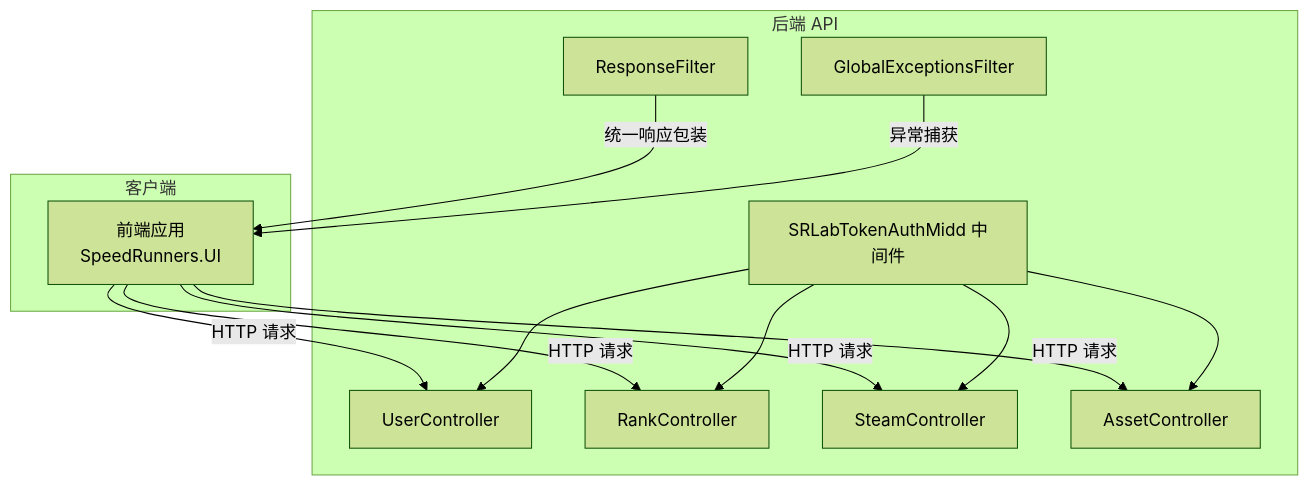
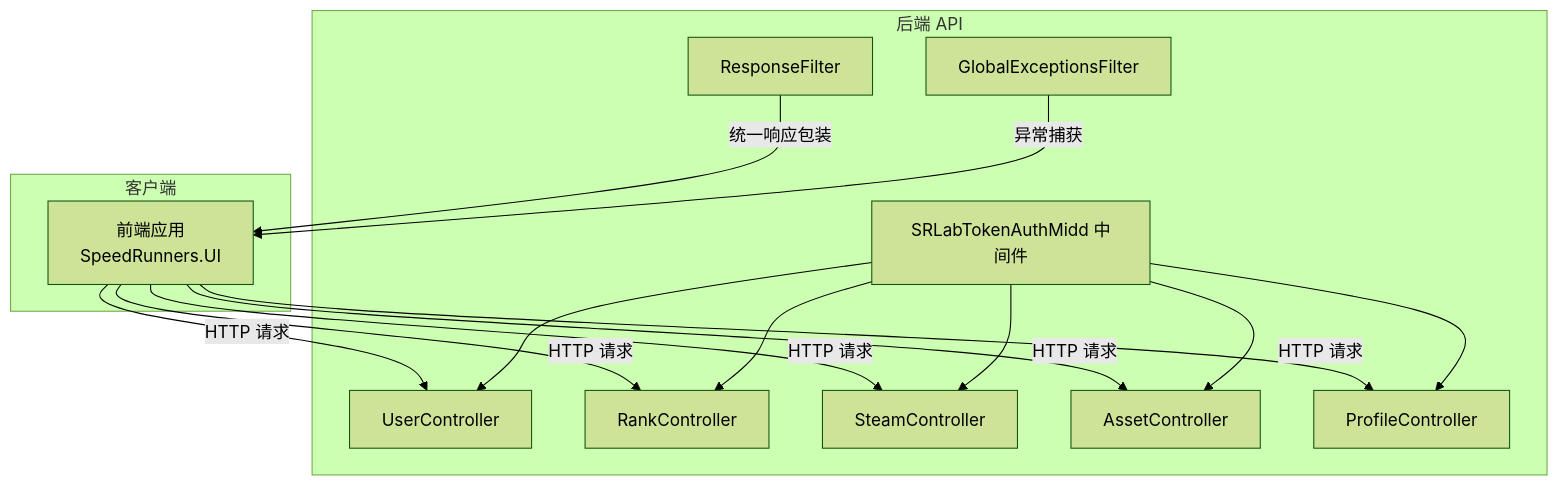
Before and after one commit to TinyMaD/SpeedRunnersLab: the first of 3 diagrams in .qoder/repowiki/zh/content/API 接口参考/API 接口参考.md, drawn with Mermaid (forest theme). The commit also changed other lines of this file and 29 other files, not shown here.

````diff
--- a/.qoder/repowiki/zh/content/API 接口参考/API 接口参考.md
+++ b/.qoder/repowiki/zh/content/API 接口参考/API 接口参考.md
@@ -51,25 +54,28 @@
 ```mermaid
 graph TB
 subgraph "客户端"
 FE["前端应用<br/>SpeedRunners.UI"]
 end
 subgraph "后端 API"
 C_User["UserController"]
 C_Rank["RankController"]
 C_Steam["SteamController"]
 C_Asset["AssetController"]
+C_Profile["ProfileController"]
 MW_Auth["SRLabTokenAuthMidd 中间件"]
 F_Glob["GlobalExceptionsFilter"]
 F_Res["ResponseFilter"]
 end
 FE --> |"HTTP 请求"| C_User
 FE --> |"HTTP 请求"| C_Rank
 FE --> |"HTTP 请求"| C_Steam
 FE --> |"HTTP 请求"| C_Asset
+FE --> |"HTTP 请求"| C_Profile
 MW_Auth --> C_User
 MW_Auth --> C_Rank
 MW_Auth --> C_Steam
 MW_Auth --> C_Asset
+MW_Auth --> C_Profile
 F_Res --> |"统一响应包装"| FE
 F_Glob --> |"异常捕获"| FE
 ```
````
